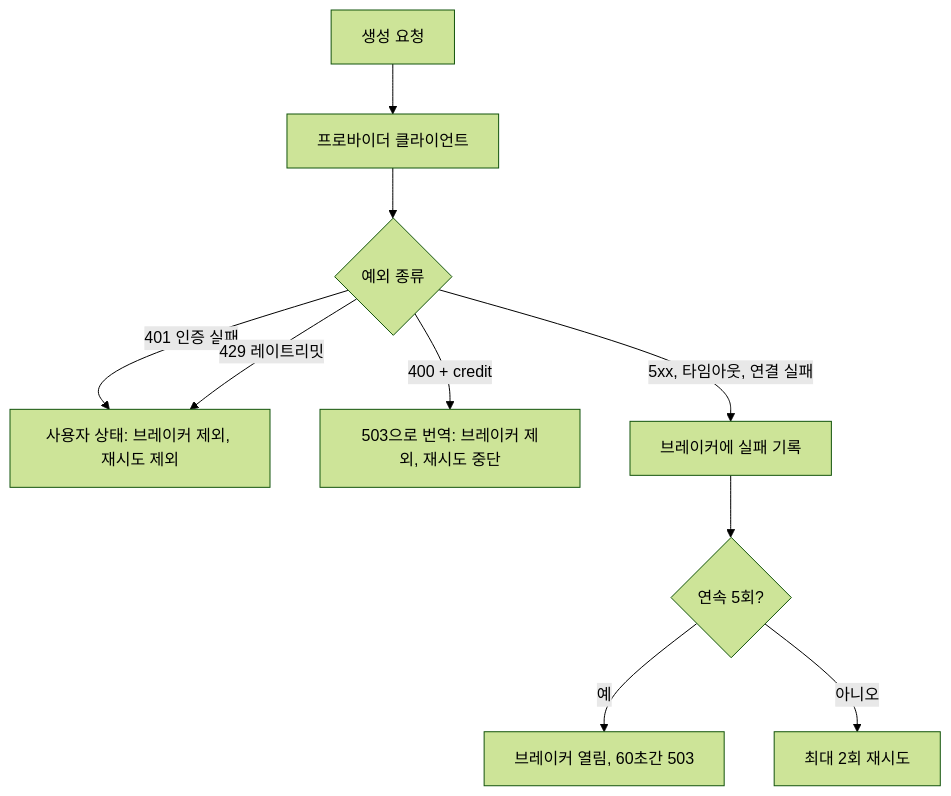
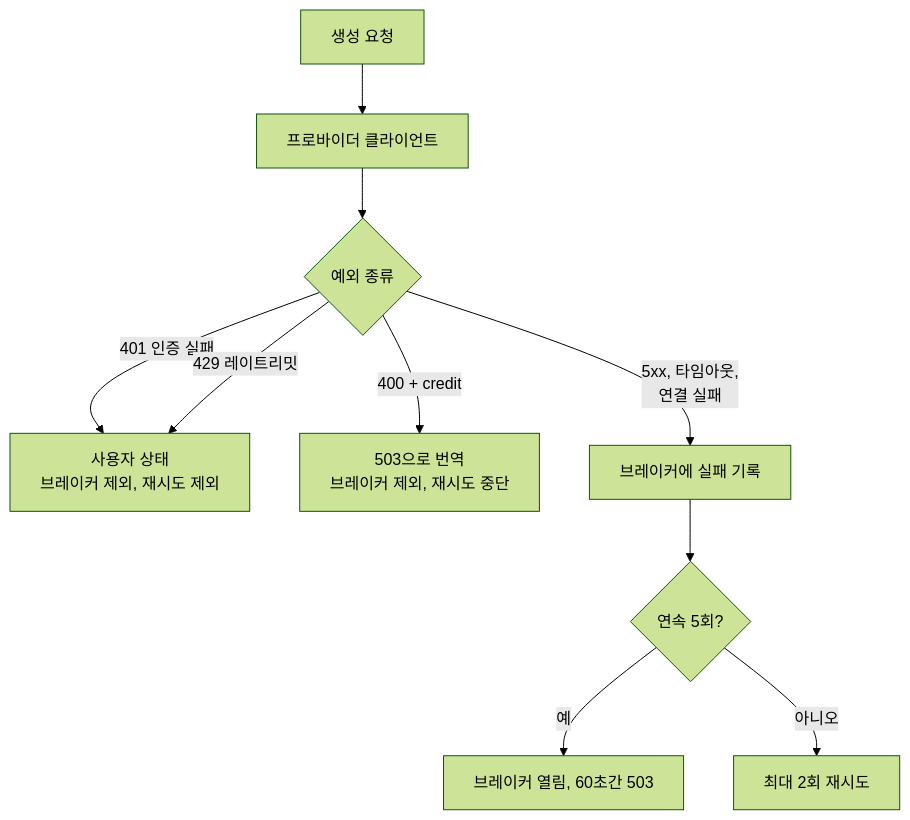
Before and after one commit to gary5876/portfolio: the diagram in _posts/2026-03-31-three-providers-three-circuit-breakers.md, drawn with Mermaid (forest theme). The commit also changed 9 other files, not shown here.

````diff
--- a/_posts/2026-03-31-three-providers-three-circuit-breakers.md
+++ b/_posts/2026-03-31-three-providers-three-circuit-breakers.md
@@ -29,12 +29,12 @@
 ```mermaid
 flowchart TD
     R[생성 요청] --> C[프로바이더 클라이언트]
     C --> E{예외 종류}
-    E -->|401 인증 실패| U[사용자 상태: 브레이커 제외, 재시도 제외]
+    E -->|401 인증 실패| U[사용자 상태<br/>브레이커 제외, 재시도 제외]
     E -->|429 레이트리밋| U
-    E -->|400 + credit| T[503으로 번역: 브레이커 제외, 재시도 중단]
-    E -->|5xx, 타임아웃, 연결 실패| B[브레이커에 실패 기록]
+    E -->|400 + credit| T[503으로 번역<br/>브레이커 제외, 재시도 중단]
+    E -->|5xx, 타임아웃,<br/>연결 실패| B[브레이커에 실패 기록]
     B --> F{연속 5회?}
     F -->|예| O[브레이커 열림, 60초간 503]
     F -->|아니오| RT[최대 2회 재시도]
 ```
````
